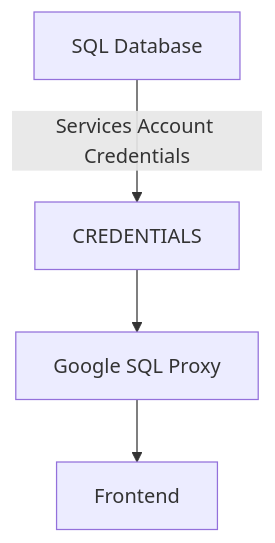
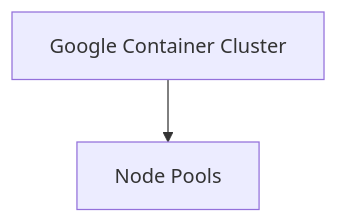
Before and after one commit to Hacka25/webapp: the second of 9 diagrams in README.md, drawn with Mermaid. The commit also changed other lines of this file, not shown here.

Commit message:
[skip-autodocs] Update README and architecture diagram

````diff
--- a/README.md
+++ b/README.md
@@ -43,6 +49,4 @@
 ```mermaid
 graph TD
-    A[SQL Database] -->|Services Account Credentials| B[CREDENTIALS]
-    B --> C[Google SQL Proxy]
-    C --> D[Frontend]
+    A[Google Container Cluster] --> B[Node Pools]
 ```
````
